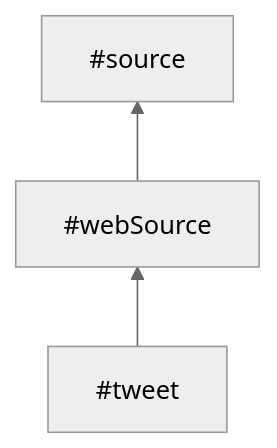
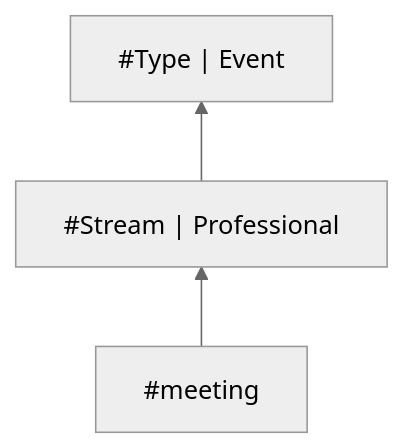
Before and after one commit to jcfischer/supertag-cli: the first of 2 diagrams in docs/visualization.md, drawn with Mermaid (neutral theme). The commit also changed other lines of this file and 2 other files, not shown here.

````diff
--- a/docs/visualization.md
+++ b/docs/visualization.md
@@ -31,8 +47,8 @@
 ```mermaid
 flowchart BT
-    tweet["#tweet"]
-    webSource["#webSource"]
-    source["#source"]
-    tweet --> webSource
-    webSource --> source
+    WcNfAKD2JI["#meeting"]
+    BpyXUrxqwJ3Q["#Stream | Professional"]
+    2Ux7TUEjN4yt["#Type | Event"]
+    WcNfAKD2JI --> BpyXUrxqwJ3Q
+    BpyXUrxqwJ3Q --> 2Ux7TUEjN4yt
 ```
````
